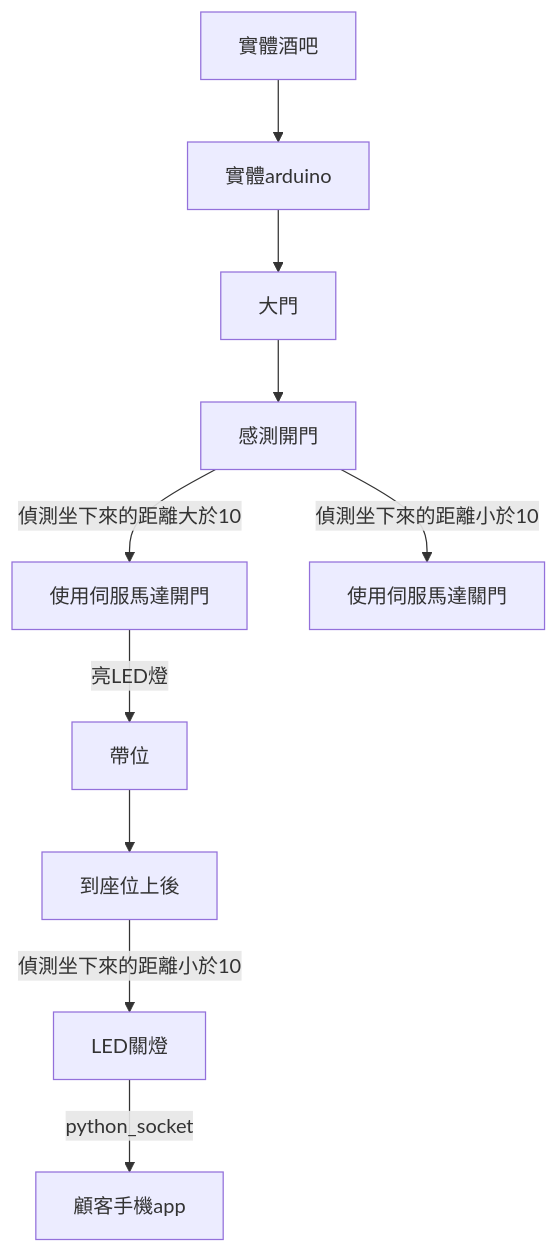
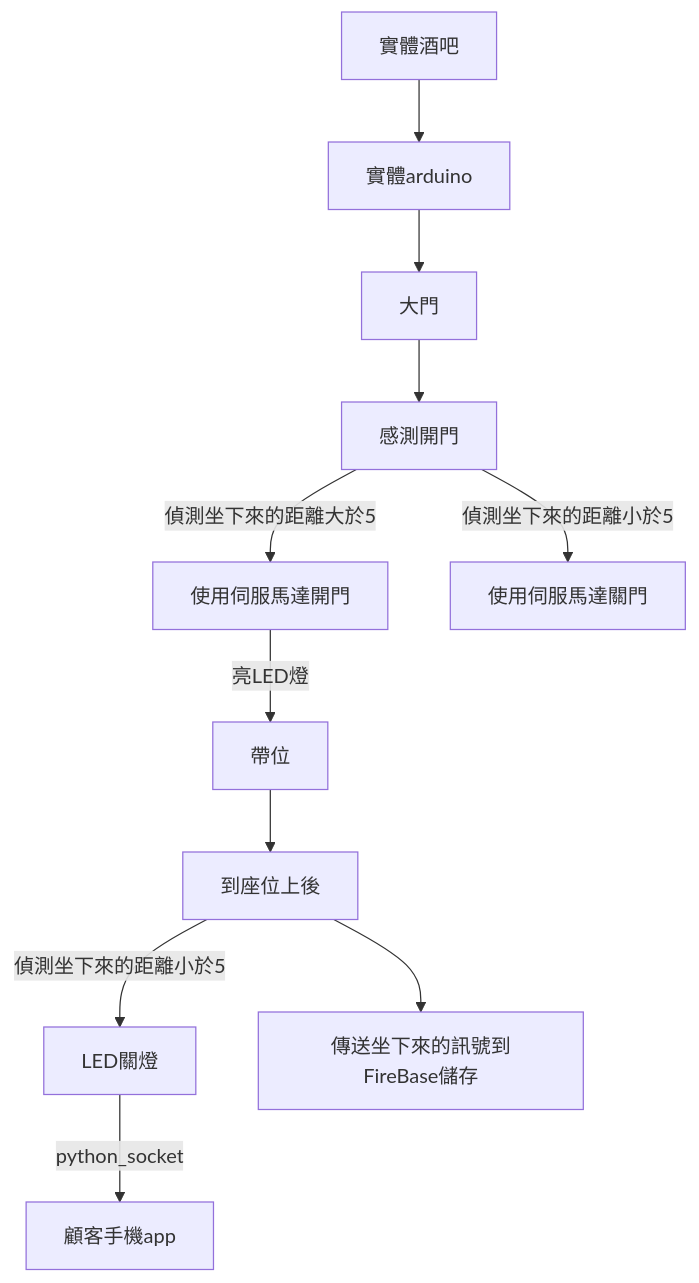
The first of 3 diagrams in README.md (huskyncu/Bar_Project), drawn with Mermaid before and after one commit. The commit also changed other lines of this file, not shown here.

````diff
--- a/README.md
+++ b/README.md
@@ -36,8 +39,9 @@
 ```mermaid
 graph TD;
 實體酒吧-->實體arduino;
 實體arduino-->大門;
-大門-->感測開門-->|偵測坐下來的距離大於10|使用伺服馬達開門-->|亮LED燈|帶位;
-帶位-->到座位上後-->|偵測坐下來的距離小於10|LED關燈-->|python_socket|顧客手機app;
-感測開門-->|偵測坐下來的距離小於10|使用伺服馬達關門;
+大門-->感測開門-->|偵測坐下來的距離大於5|使用伺服馬達開門-->|亮LED燈|帶位;
+帶位-->到座位上後-->|偵測坐下來的距離小於5|LED關燈-->|python_socket|顧客手機app;
+到座位上後-->傳送坐下來的訊號到FireBase儲存;
+感測開門-->|偵測坐下來的距離小於5|使用伺服馬達關門;
 ```
````
